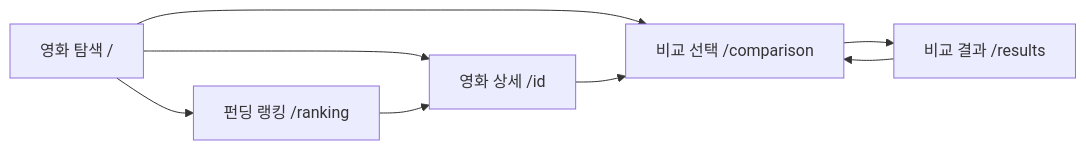
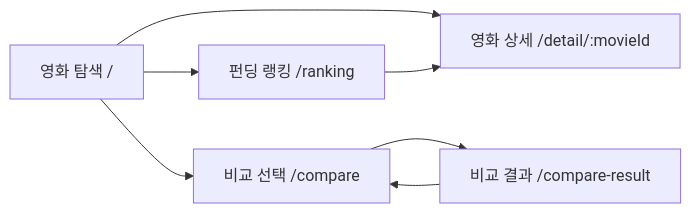
Before and after one commit to Sprint-project-1/cine-fund: the diagram in docs/PAGE_SPEC.md, drawn with Mermaid. The commit also changed other lines of this file and 22 other files, not shown here.

````diff
--- a/docs/PAGE_SPEC.md
+++ b/docs/PAGE_SPEC.md
@@ -38,10 +34,9 @@
 ```mermaid
 flowchart LR
-  Home[영화 탐색 /] --> Detail[영화 상세 /id]
+  Home[영화 탐색 /] --> Detail[영화 상세 /detail/:movieId]
   Home --> Ranking[펀딩 랭킹 /ranking]
-  Home --> Compare[비교 선택 /comparison]
-  Compare --> Results[비교 결과 /results]
+  Home --> Compare[비교 선택 /compare]
+  Compare --> Results[비교 결과 /compare-result]
   Results --> Compare
   Ranking --> Detail
-  Detail --> Compare
 ```
````
